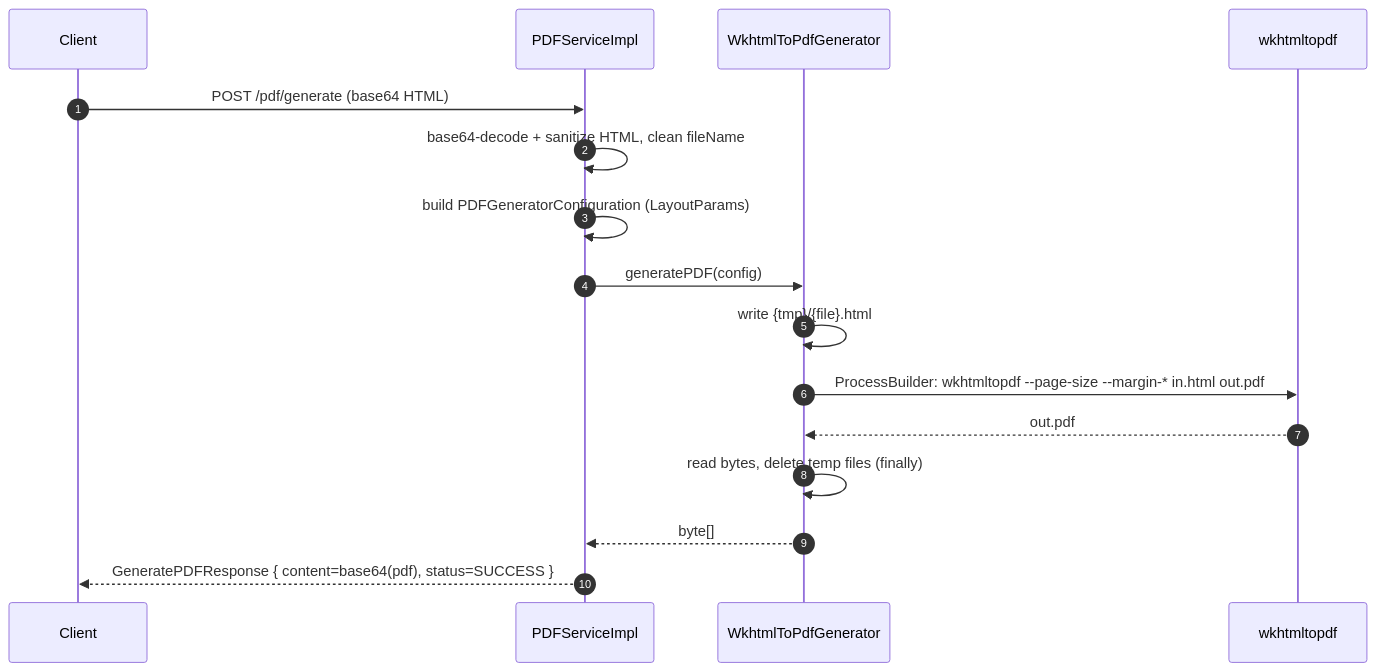
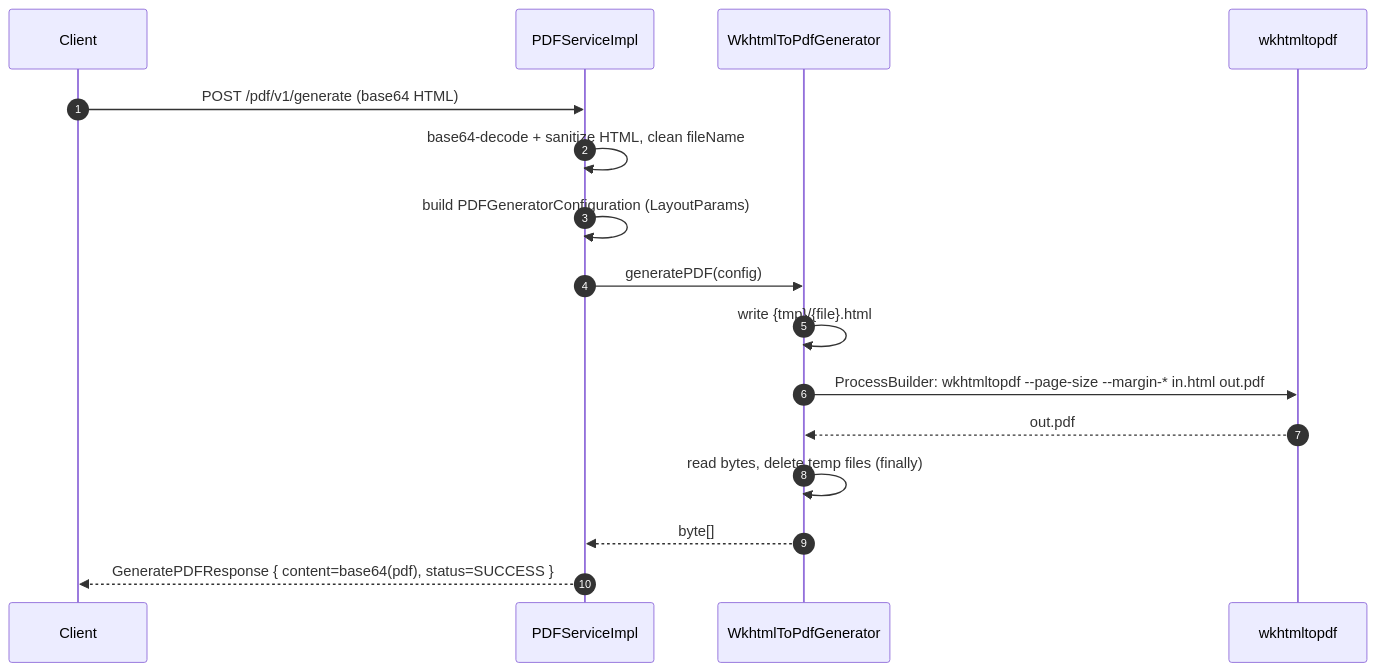
Before and after one commit to Tu2l/open-resume-builder-backend: the second of 5 diagrams in docs/pdf-service/README.md, drawn with Mermaid. The commit also changed other lines of this file and 16 other files, not shown here.

````diff
--- a/docs/pdf-service/README.md
+++ b/docs/pdf-service/README.md
@@ -67,18 +75,18 @@
 ```mermaid
 sequenceDiagram
     autonumber
     participant C as Client
     participant S as PDFServiceImpl
     participant G as WkhtmlToPdfGenerator
     participant WK as wkhtmltopdf
-    C->>S: POST /pdf/generate (base64 HTML)
+    C->>S: POST /pdf/v1/generate (base64 HTML)
     S->>S: base64-decode + sanitize HTML, clean fileName
     S->>S: build PDFGeneratorConfiguration (LayoutParams)
     S->>G: generatePDF(config)
     G->>G: write {tmp}/{file}.html
     G->>WK: ProcessBuilder: wkhtmltopdf --page-size --margin-* in.html out.pdf
     WK-->>G: out.pdf
     G->>G: read bytes, delete temp files (finally)
     G-->>S: byte[]
     S-->>C: GeneratePDFResponse { content=base64(pdf), status=SUCCESS }
 ```
````
